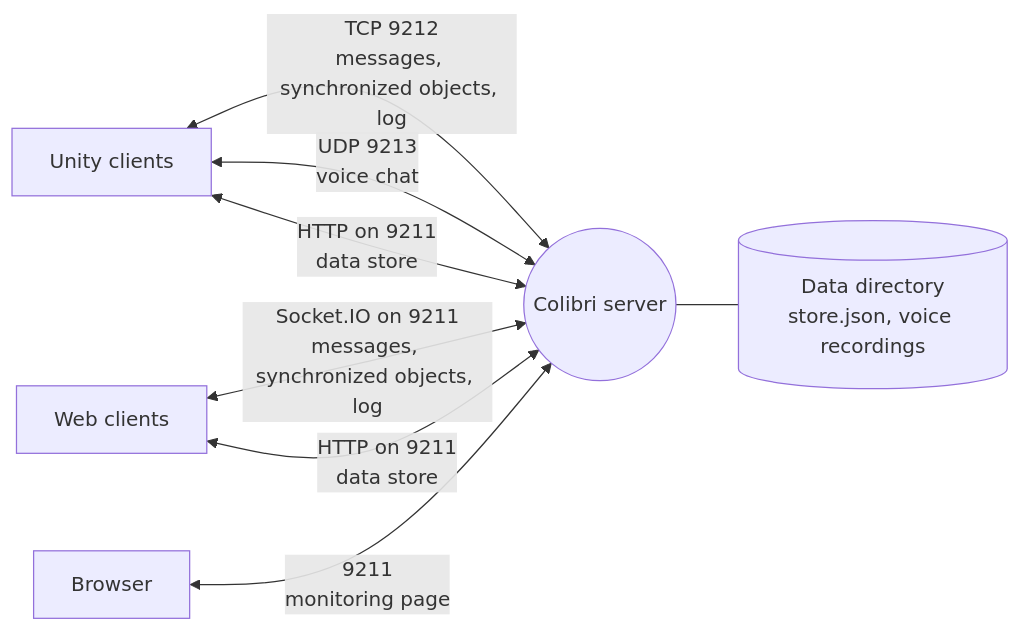
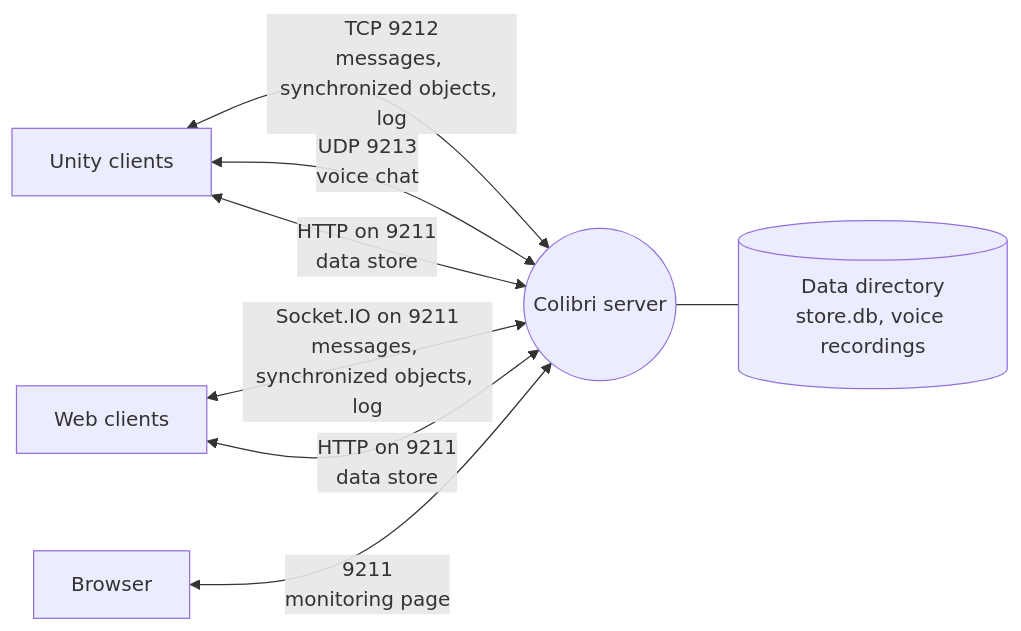
One commit to hcigroupkonstanz/Colibri changed the first of 6 diagrams in docs/docs/server/protocol.md. Above: the diagram before and after it, drawn with Mermaid. The commit also changed other lines of this file and 8 other files, not shown here.

First line of the commit message:
docs: describe the SQLite data store, its expiry and its size limit

````diff
--- a/docs/docs/server/protocol.md
+++ b/docs/docs/server/protocol.md
@@ -14,10 +14,10 @@
 ```mermaid
 flowchart LR
     U["Unity clients"] <-->|"TCP 9212<br/>messages, synchronized objects, log"| S(("Colibri server"))
     W["Web clients"] <-->|"Socket.IO on 9211<br/>messages, synchronized objects, log"| S
     U <-->|"UDP 9213<br/>voice chat"| S
     U <-->|"HTTP on 9211<br/>data store"| S
     W <-->|"HTTP on 9211<br/>data store"| S
     M["Browser"] <-->|"9211<br/>monitoring page"| S
-    S --- D[("Data directory<br/>store.json, voice recordings")]
+    S --- D[("Data directory<br/>store.db, voice recordings")]
 ```
````
